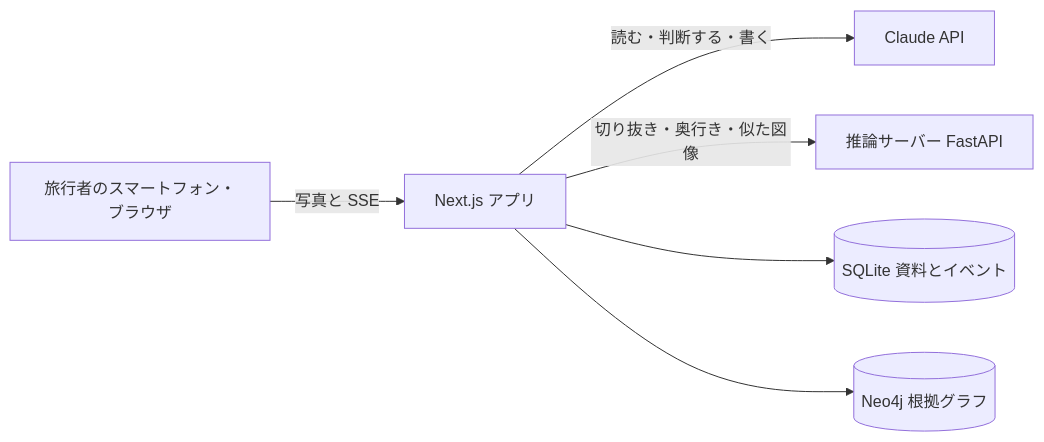
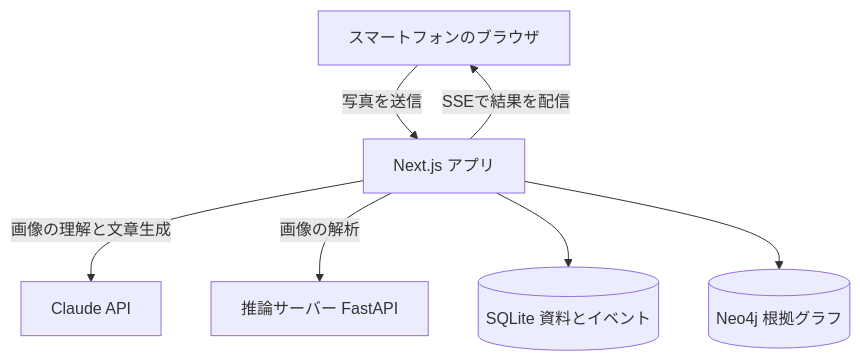
Before and after one commit to Shibata-1273352/BuiltwithClaudeJapan2026: the diagram in README.md, drawn with Mermaid. The commit also changed other lines of this file and 2 other files, not shown here.

````diff
--- a/README.md
+++ b/README.md
@@ -83,8 +107,9 @@
 ```mermaid
-flowchart LR
-  U[旅行者のスマートフォン・ブラウザ] -->|写真と SSE| W[Next.js アプリ]
-  W -->|読む・判断する・書く| C[Claude API]
-  W -->|切り抜き・奥行き・似た図像| I[推論サーバー FastAPI]
+flowchart TD
+  U[スマートフォンのブラウザ] -->|写真を送信| W[Next.js アプリ]
+  W -->|SSEで結果を配信| U
+  W -->|画像の理解と文章生成| C[Claude API]
+  W -->|画像の解析| I[推論サーバー FastAPI]
   W --> S[(SQLite 資料とイベント)]
   W --> N[(Neo4j 根拠グラフ)]
 ```
````
